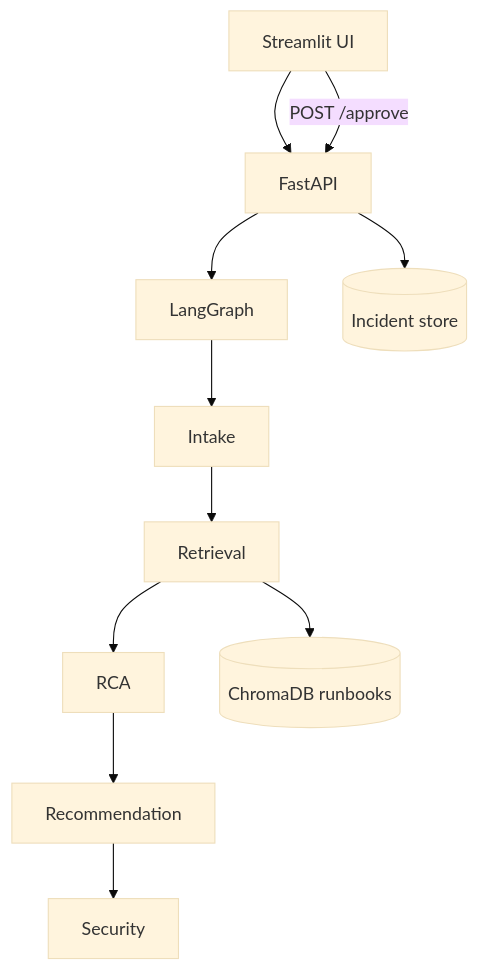
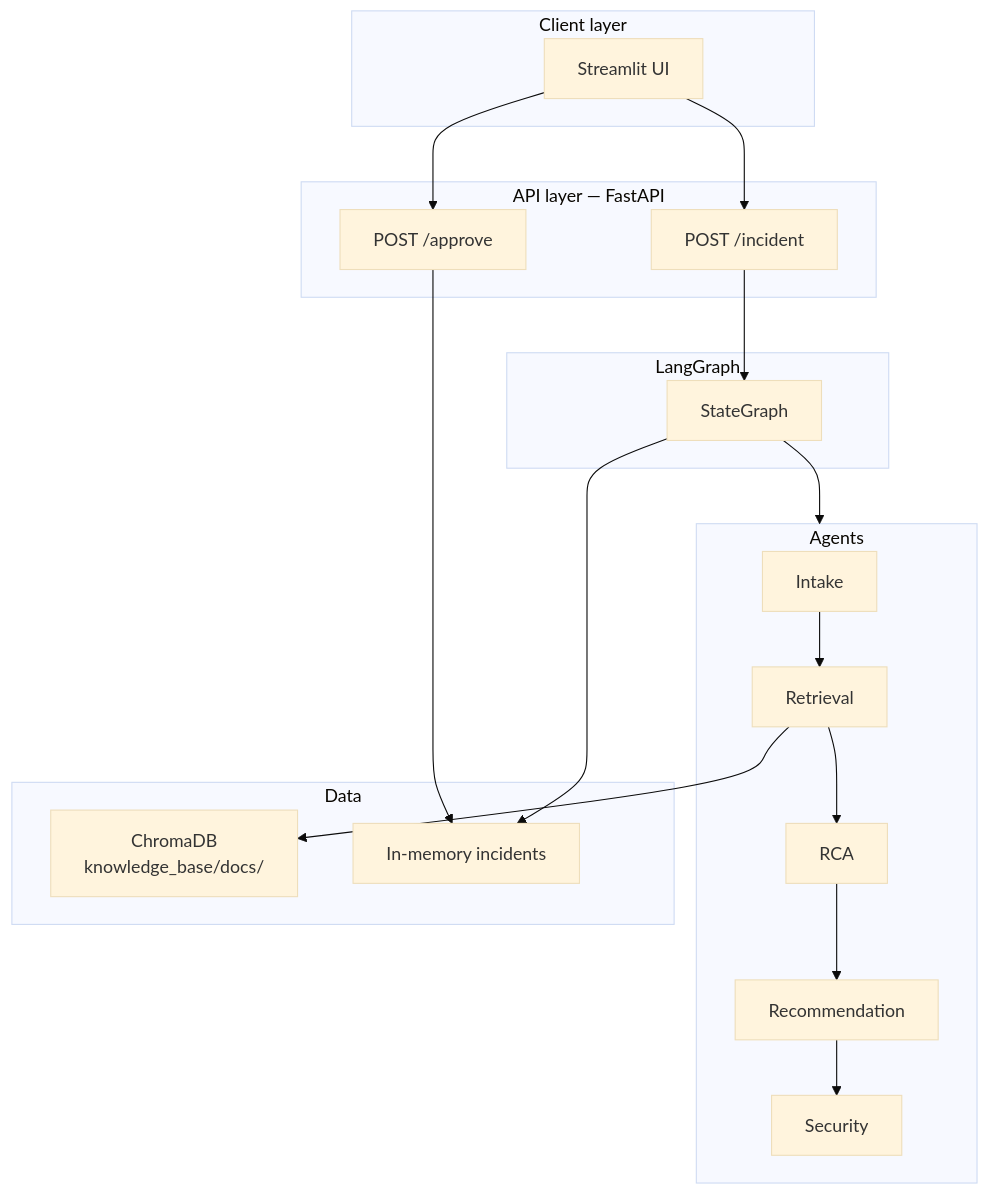
Before and after one commit to soujanya1604/ai-incident-resolution: the second of 2 diagrams in docs/ASSIGNMENT_REPORT.md, drawn with Mermaid (base theme). The commit also changed other lines of this file, not shown here.

````diff
--- a/docs/ASSIGNMENT_REPORT.md
+++ b/docs/ASSIGNMENT_REPORT.md
@@ -28,9 +84,25 @@
 ```mermaid
 flowchart TB
-  UI[Streamlit UI] --> API[FastAPI]
-  API --> LG[LangGraph]
-  LG --> I[Intake] --> R[Retrieval] --> RCA[RCA] --> REC[Recommendation] --> S[Security]
-  R --> KB[(ChromaDB runbooks)]
-  API --> STORE[(Incident store)]
-  UI -->|POST /approve| API
+  subgraph Client["Client layer"]
+    UI["Streamlit UI"]
+  end
+  subgraph API["API layer — FastAPI"]
+    INC["POST /incident"]
+    APP["POST /approve"]
+  end
+  subgraph Orchestration["LangGraph"]
+    LG["StateGraph"]
+  end
+  subgraph Agents["Agents"]
+    A1[Intake] --> A2[Retrieval] --> A3[RCA] --> A4[Recommendation] --> A5[Security]
+  end
+  subgraph Data["Data"]
+    KB["ChromaDB\nknowledge_base/docs/"]
+    MEM["In-memory incidents"]
+  end
+  UI --> INC & APP
+  INC --> LG --> Agents
+  A2 --> KB
+  LG --> MEM
+  APP --> MEM
 ```
````
